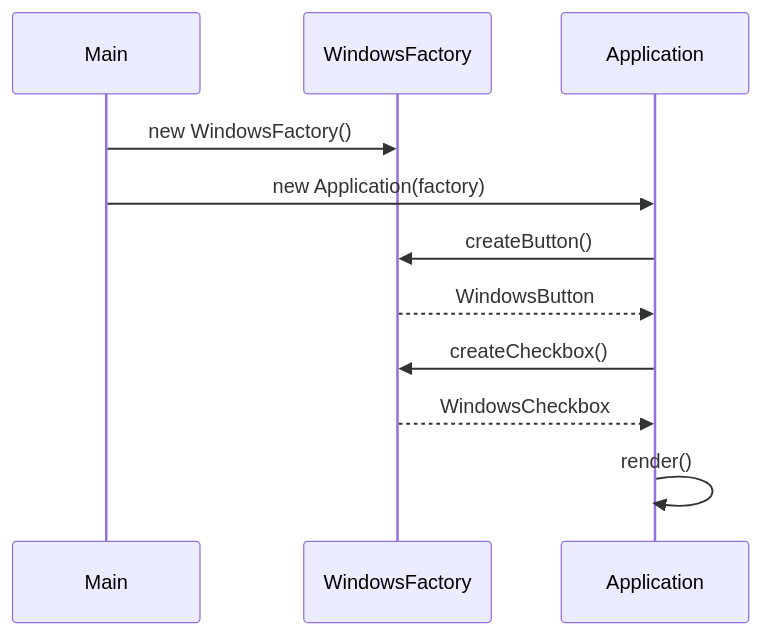
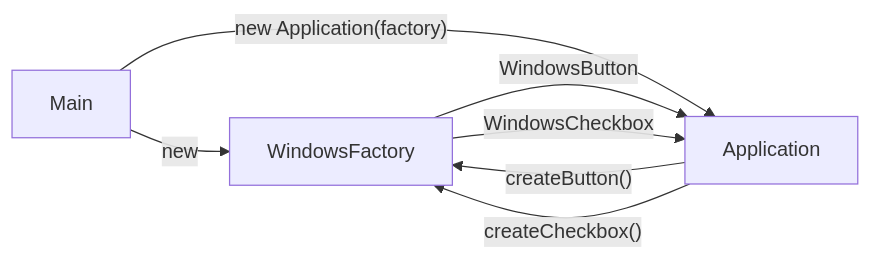
The second of 2 diagrams in _posts/designPattern/2021-12-07-Abstract Factory Pattern.md (yjkim2015/yjkim2015.github.io), drawn with Mermaid before and after one commit. The commit also changed 50 other files, not shown here.

First line of the commit message:
stateDiagram 11개 graph LR 변환 + 테이블 빈 셀 17개 수정

````diff
--- a/_posts/designPattern/2021-12-07-Abstract Factory Pattern.md
+++ b/_posts/designPattern/2021-12-07-Abstract Factory Pattern.md
@@ -223,13 +223,9 @@
 ```mermaid
-sequenceDiagram
-    participant M as Main
-    participant F as WindowsFactory
-    participant A as Application
-    M->>F: new WindowsFactory()
-    M->>A: new Application(factory)
-    A->>F: createButton()
-    F-->>A: WindowsButton
-    A->>F: createCheckbox()
-    F-->>A: WindowsCheckbox
-    A->>A: render()
+graph LR
+    M["Main"] -->|"new"| F["WindowsFactory"]
+    M -->|"new Application(factory)"| A["Application"]
+    A -->|"createButton()"| F
+    F -->|"WindowsButton"| A
+    A -->|"createCheckbox()"| F
+    F -->|"WindowsCheckbox"| A
 ```
````
